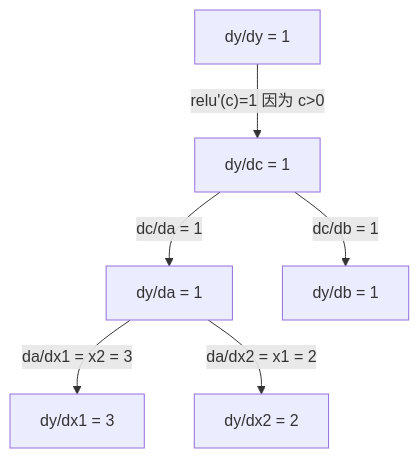
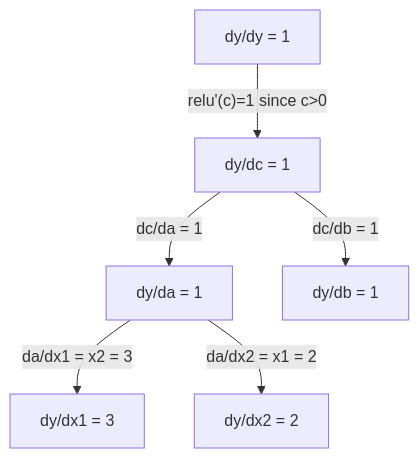
The second of 2 diagrams in i18n/zh/phases/01-math-foundations/05-chain-rule-and-autodiff/docs/zh.md (xiaojiaenen/ai-engineering-from-scratch-zh), drawn with Mermaid before and after one commit. The commit also changed other lines of this file and 22 other files, not shown here.

````diff
--- a/i18n/zh/phases/01-math-foundations/05-chain-rule-and-autodiff/docs/zh.md
+++ b/i18n/zh/phases/01-math-foundations/05-chain-rule-and-autodiff/docs/zh.md
@@ -76,8 +76,8 @@
 ```mermaid
 graph TD
-    dy["dy/dy = 1"] -->|"relu'(c)=1 因为 c>0"| dc["dy/dc = 1"]
+    dy["dy/dy = 1"] -->|"relu'(c)=1 since c>0"| dc["dy/dc = 1"]
     dc -->|"dc/da = 1"| da["dy/da = 1"]
     dc -->|"dc/db = 1"| db["dy/db = 1"]
     da -->|"da/dx1 = x2 = 3"| dx1["dy/dx1 = 3"]
     da -->|"da/dx2 = x1 = 2"| dx2["dy/dx2 = 2"]
 ```
````
